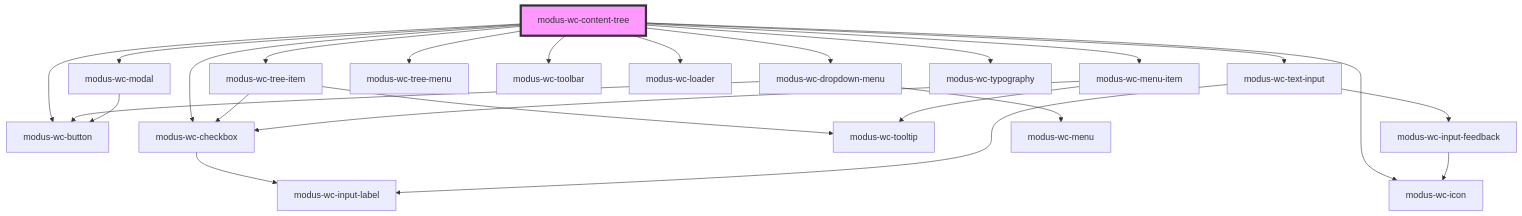
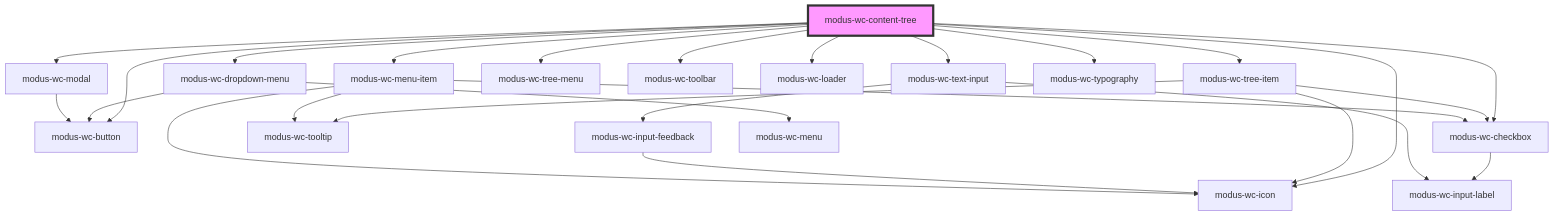
One commit to trimble-oss/modus-wc-2.0 changed the diagram in src/components/modus-wc-content-tree/readme.md. Above: the diagram before and after it, drawn with Mermaid. The commit also changed 20 other files, not shown here.

````diff
--- a/src/components/modus-wc-content-tree/readme.md
+++ b/src/components/modus-wc-content-tree/readme.md
@@ -73,27 +73,29 @@
 ```mermaid
 graph TD;
   modus-wc-content-tree --> modus-wc-tree-item
   modus-wc-content-tree --> modus-wc-button
   modus-wc-content-tree --> modus-wc-icon
   modus-wc-content-tree --> modus-wc-checkbox
   modus-wc-content-tree --> modus-wc-text-input
   modus-wc-content-tree --> modus-wc-dropdown-menu
   modus-wc-content-tree --> modus-wc-menu-item
   modus-wc-content-tree --> modus-wc-tree-menu
   modus-wc-content-tree --> modus-wc-toolbar
   modus-wc-content-tree --> modus-wc-loader
   modus-wc-content-tree --> modus-wc-modal
   modus-wc-content-tree --> modus-wc-typography
   modus-wc-tree-item --> modus-wc-checkbox
   modus-wc-tree-item --> modus-wc-tooltip
+  modus-wc-tree-item --> modus-wc-icon
   modus-wc-checkbox --> modus-wc-input-label
   modus-wc-text-input --> modus-wc-input-label
   modus-wc-text-input --> modus-wc-input-feedback
   modus-wc-input-feedback --> modus-wc-icon
   modus-wc-dropdown-menu --> modus-wc-button
   modus-wc-dropdown-menu --> modus-wc-menu
   modus-wc-menu-item --> modus-wc-checkbox
   modus-wc-menu-item --> modus-wc-tooltip
+  modus-wc-menu-item --> modus-wc-icon
   modus-wc-modal --> modus-wc-button
   style modus-wc-content-tree fill:#f9f,stroke:#333,stroke-width:4px
 ```
````
